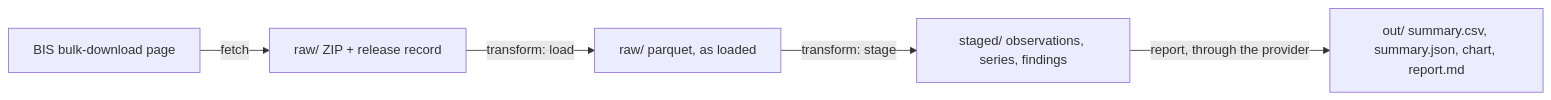
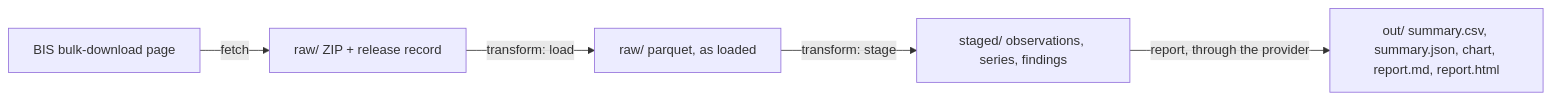
One commit to andrea-dm/policy-rate-monitor changed the diagram in docs/how-it-works.md. Above: the diagram before and after it, drawn with Mermaid. The commit also changed other lines of this file and 12 other files, not shown here.

Commit message:
docs: the html report, its decision record and the five output files

````diff
--- a/docs/how-it-works.md
+++ b/docs/how-it-works.md
@@ -10,7 +10,7 @@
 ```mermaid
 flowchart LR
     BIS[BIS bulk-download page] -->|fetch| ZIP[raw/ ZIP + release record]
     ZIP -->|transform: load| RAW[raw/ parquet, as loaded]
     RAW -->|transform: stage| STAGED[staged/ observations, series, findings]
-    STAGED -->|report, through the provider| OUT[out/ summary.csv, summary.json, chart, report.md]
+    STAGED -->|report, through the provider| OUT[out/ summary.csv, summary.json, chart, report.md, report.html]
 ```
````
